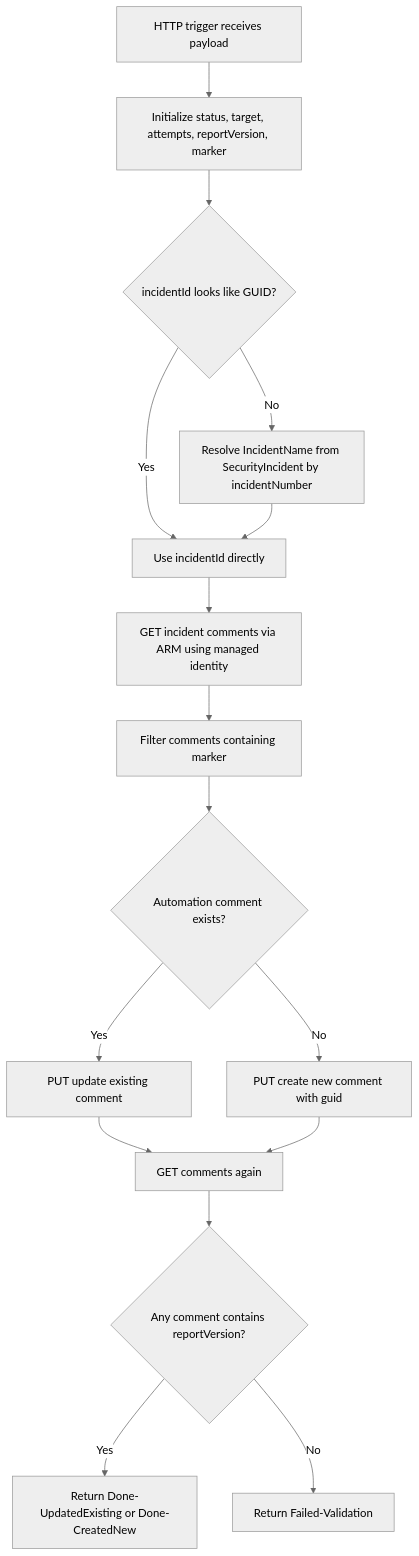
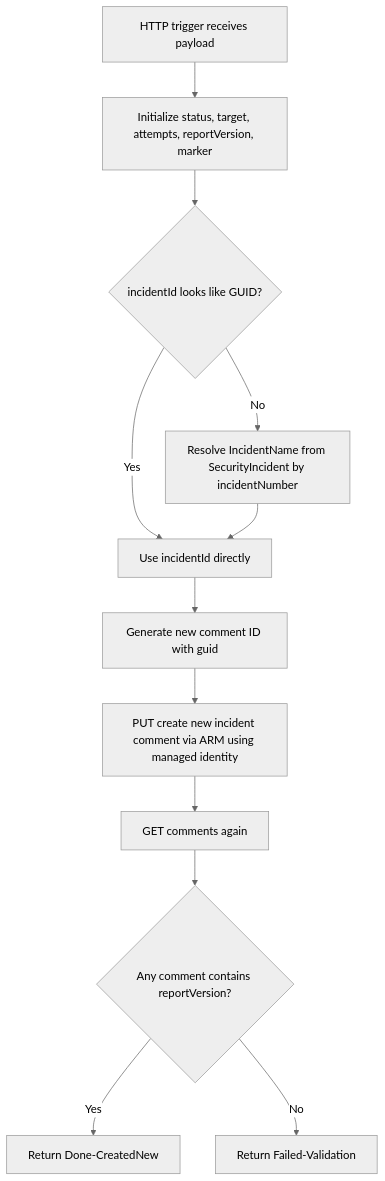
One commit to Abhishek-Sharan/microsoft-security-operations-toolkit changed the second of 2 diagrams in AI Security/Custom Agents/Sentinel SOC Triage Autopilot/read.md. Above: the diagram before and after it, drawn with Mermaid (neutral theme). The commit also changed other lines of this file and 2 other files, not shown here.

Commit message:
Update Sentinel Logic App to append comments

````diff
--- a/AI Security/Custom Agents/Sentinel SOC Triage Autopilot/read.md
+++ b/AI Security/Custom Agents/Sentinel SOC Triage Autopilot/read.md
@@ -64,18 +64,14 @@
 ```mermaid
 flowchart TD
     A[HTTP trigger receives payload] --> B[Initialize status, target, attempts, reportVersion, marker]
     B --> C{incidentId looks like GUID?}
     C -- Yes --> E[Use incidentId directly]
     C -- No --> D[Resolve IncidentName from SecurityIncident by incidentNumber]
     D --> E
-    E --> F[GET incident comments via ARM using managed identity]
-    F --> G[Filter comments containing marker]
-    G --> H{Automation comment exists?}
-    H -- Yes --> I[PUT update existing comment]
-    H -- No --> J[PUT create new comment with guid]
-    I --> K[GET comments again]
-    J --> K
-    K --> L{Any comment contains reportVersion?}
-    L -- Yes --> M[Return Done-UpdatedExisting or Done-CreatedNew]
-    L -- No --> N[Return Failed-Validation]
+    E --> F[Generate new comment ID with guid]
+    F --> G[PUT create new incident comment via ARM using managed identity]
+    G --> H[GET comments again]
+    H --> I{Any comment contains reportVersion?}
+    I -- Yes --> J[Return Done-CreatedNew]
+    I -- No --> K[Return Failed-Validation]
 ```
````
